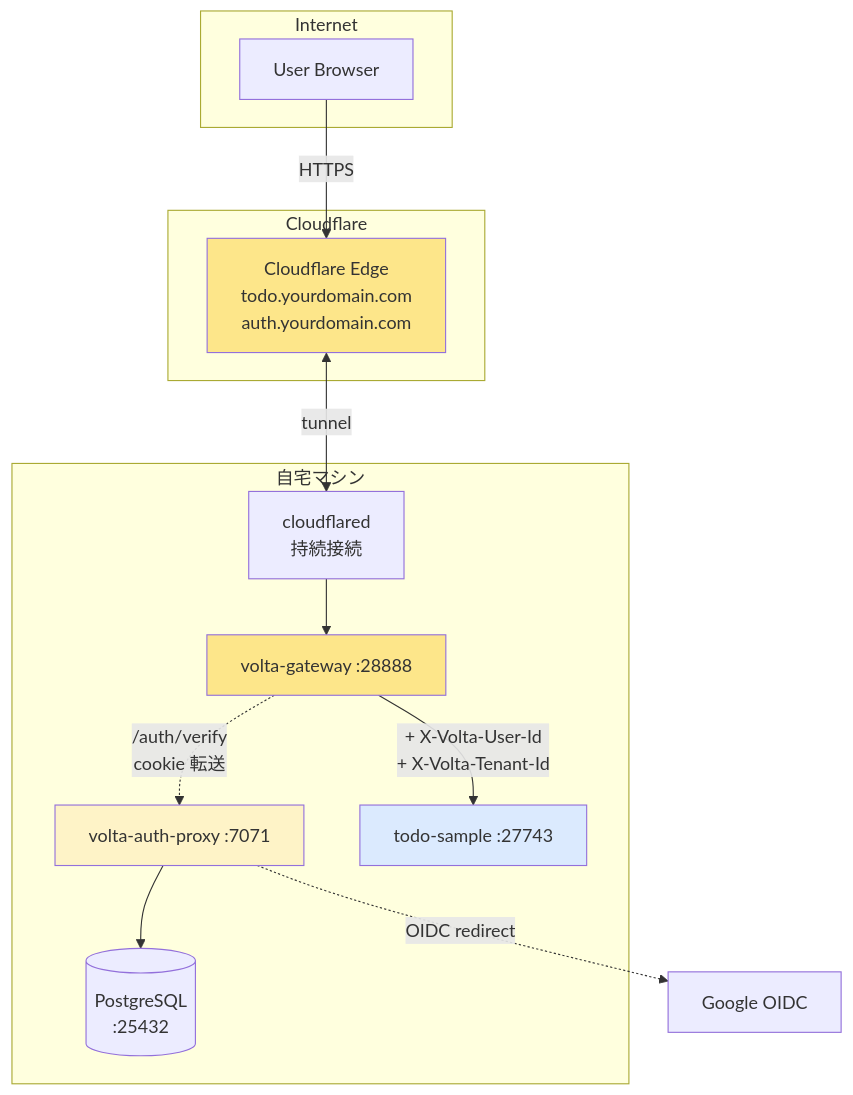
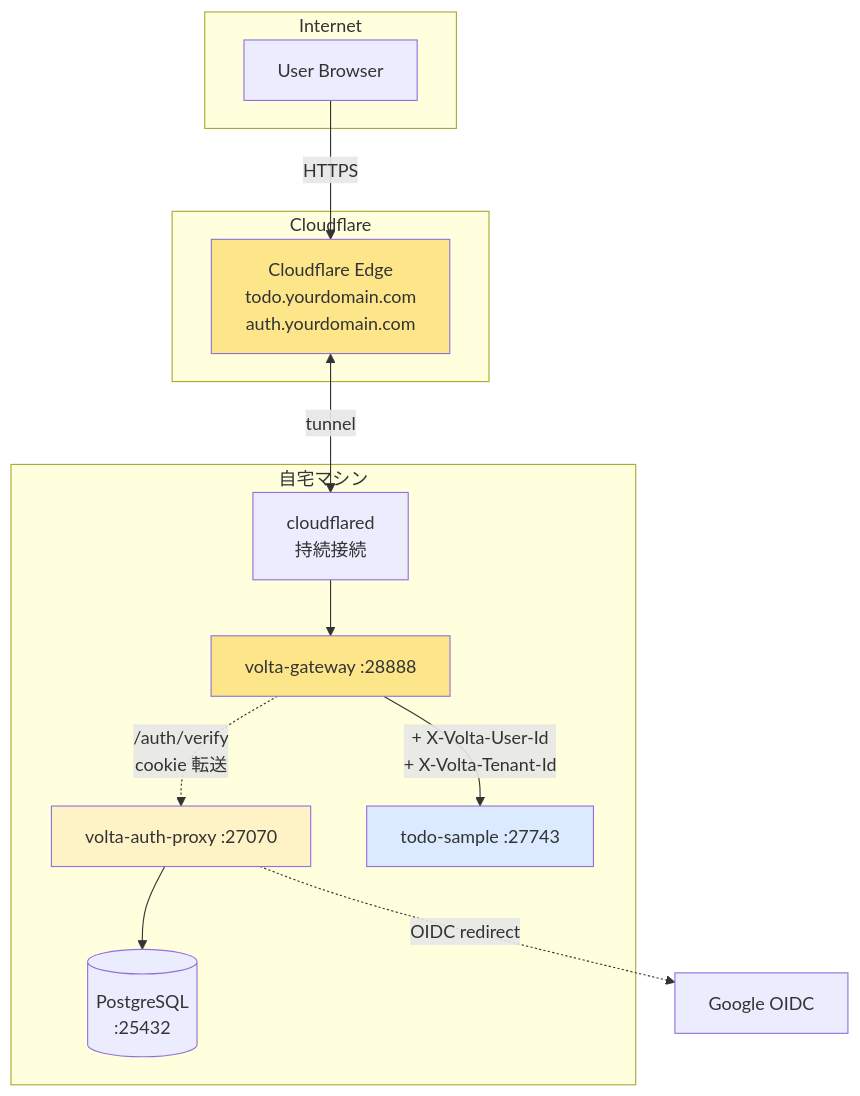
One commit to opaopa6969/auth-integration changed the second of 3 diagrams in 20-Part3はじめに.md. Above: the diagram before and after it, drawn with Mermaid. The commit also changed 2 other files, not shown here.

Commit message:
docs(ports): 新ポート化で残った旧ポート表記/陳腐化した説明を修正
ch17 詰みポイント・ch20/dev テンプレの :7071 等の取り残しを解消。

````diff
--- a/20-Part3はじめに.md
+++ b/20-Part3はじめに.md
@@ -57,30 +57,30 @@
 ```mermaid
 flowchart TB
     subgraph Internet
         U[User Browser]
     end
     subgraph Cloudflare
         CF[Cloudflare Edge<br/>todo.yourdomain.com<br/>auth.yourdomain.com]
     end
     subgraph 自宅マシン
         CFD[cloudflared<br/>持続接続]
         GW[volta-gateway :28888]
-        AP[volta-auth-proxy :7071]
+        AP[volta-auth-proxy :27070]
         APP[todo-sample :27743]
         PG[(PostgreSQL<br/>:25432)]
     end
     G[Google OIDC]
 
     U -->|HTTPS| CF
     CF <-->|tunnel| CFD
     CFD --> GW
     GW -.->|/auth/verify<br/>cookie 転送| AP
     GW -->|+ X-Volta-User-Id<br/>+ X-Volta-Tenant-Id| APP
     AP --> PG
     AP -.->|OIDC redirect| G
 
     style CF fill:#fde68a
     style AP fill:#fef3c7
     style GW fill:#fde68a
     style APP fill:#dbeafe
 ```
````
